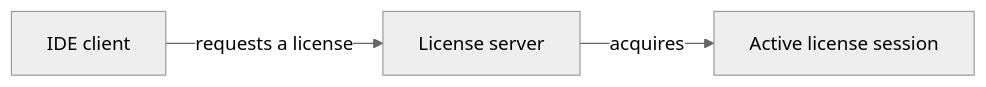
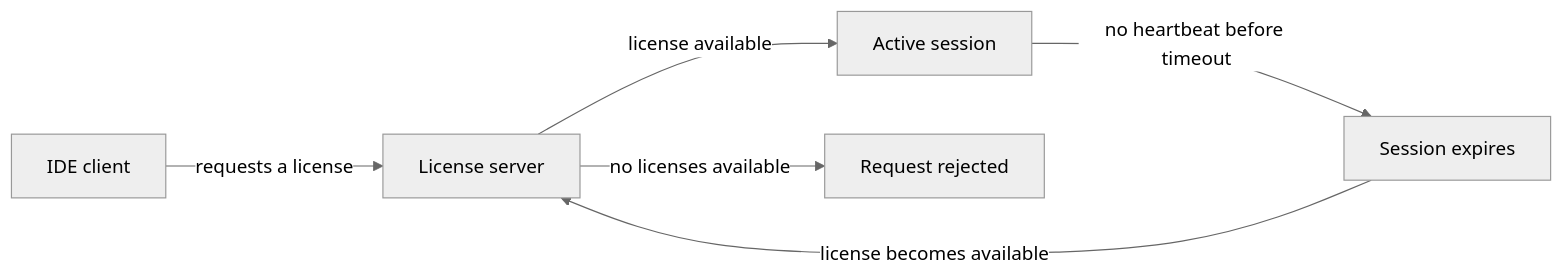
One commit to zizitop13/mock-interview-club-public changed the first of 2 diagrams in labs/coding/floating-license-server.md. Above: the diagram before and after it, drawn with Mermaid (neutral theme). The commit also changed other lines of this file, not shown here.

Commit message:
docs: clarify license allocation flow

````diff
--- a/labs/coding/floating-license-server.md
+++ b/labs/coding/floating-license-server.md
@@ -19,5 +19,8 @@
 ```mermaid
 flowchart LR
     Client["IDE client"] -->|"requests a license"| Server["License server"]
-    Server -->|"acquires"| Session["Active license session"]
+    Server -->|"license available"| Session["Active session"]
+    Server -->|"no licenses available"| Rejected["Request rejected"]
+    Session -->|"no heartbeat before timeout"| Expired["Session expires"]
+    Expired -->|"license becomes available"| Server
 ```
````
